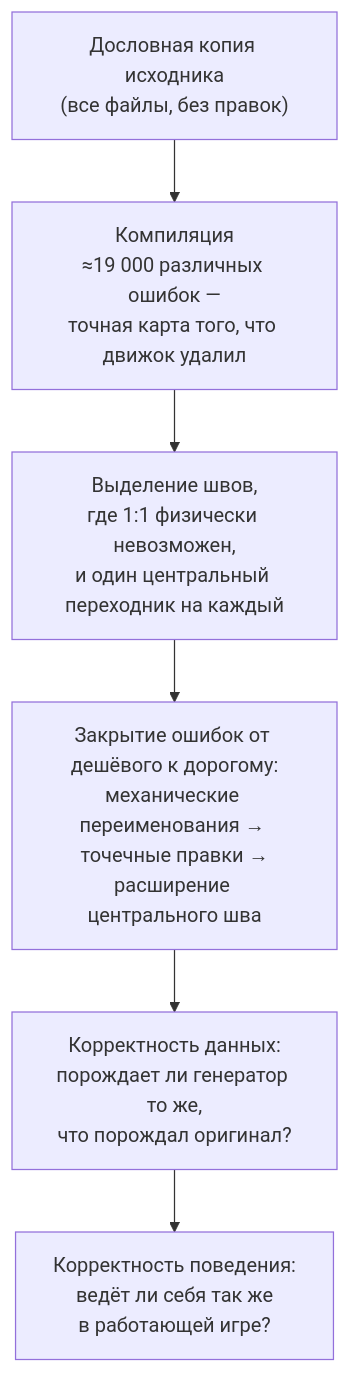
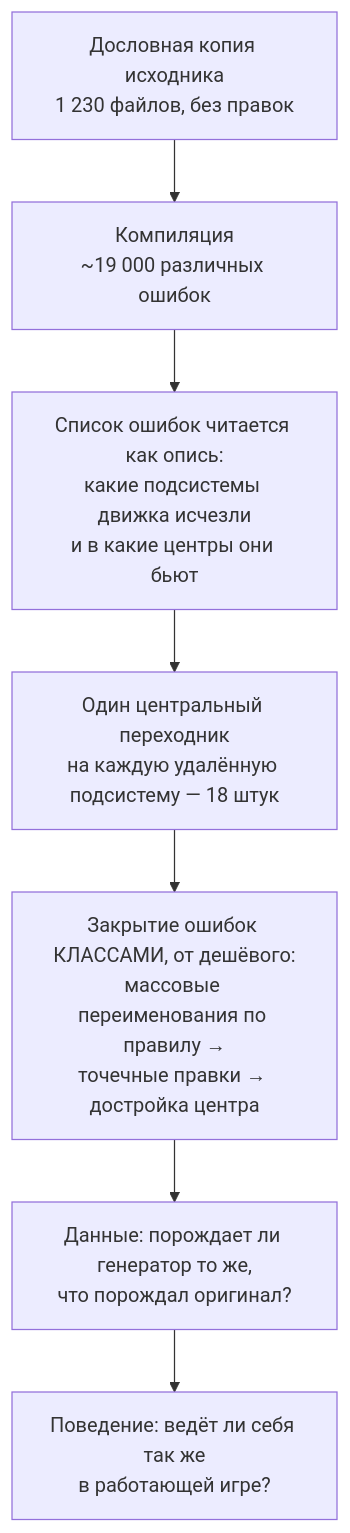
One commit to wolfram0108/gregtech6_w changed the diagram in README.ru.md. Above: the diagram before and after it, drawn with Mermaid. The commit also changed other lines of this file and 2 other files, not shown here.

````diff
--- a/README.ru.md
+++ b/README.ru.md
@@ -132,8 +137,9 @@
 ```mermaid
 graph TD
-  A["Дословная копия исходника<br/>(все файлы, без правок)"] --> B["Компиляция<br/>≈19 000 различных ошибок —<br/>точная карта того, что движок удалил"]
-  B --> C["Выделение швов,<br/>где 1:1 физически невозможен,<br/>и один центральный переходник на каждый"]
-  C --> D["Закрытие ошибок от дешёвого к дорогому:<br/>механические переименования → точечные правки →<br/>расширение центрального шва"]
-  D --> E["Корректность данных:<br/>порождает ли генератор то же,<br/>что порождал оригинал?"]
-  E --> F["Корректность поведения:<br/>ведёт ли себя так же<br/>в работающей игре?"]
+  A["Дословная копия исходника<br/>1 230 файлов, без правок"] --> B["Компиляция<br/>~19 000 различных ошибок"]
+  B --> C["Список ошибок читается как опись:<br/>какие подсистемы движка исчезли<br/>и в какие центры они бьют"]
+  C --> D["Один центральный переходник<br/>на каждую удалённую подсистему — 18 штук"]
+  D --> E["Закрытие ошибок КЛАССАМИ, от дешёвого:<br/>массовые переименования по правилу →<br/>точечные правки → достройка центра"]
+  E --> F["Данные: порождает ли генератор то же,<br/>что порождал оригинал?"]
+  F --> G["Поведение: ведёт ли себя так же<br/>в работающей игре?"]
 ```
````
